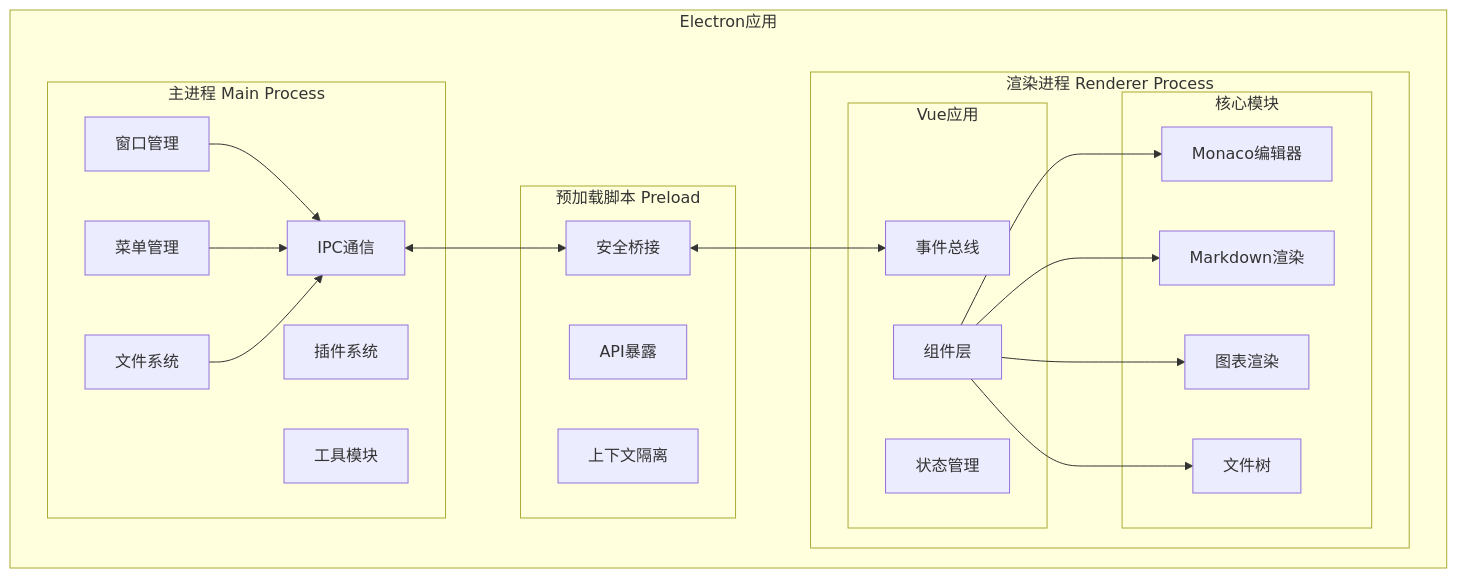
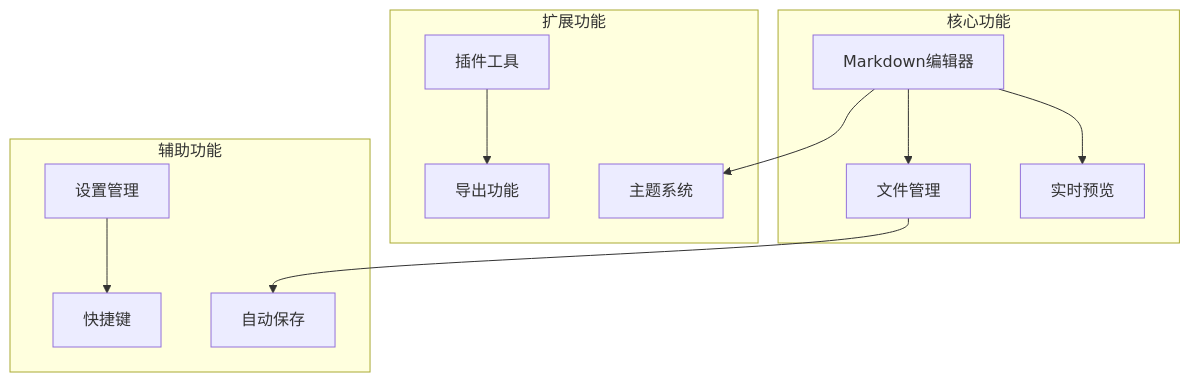
Before and after one commit to hemy08/BaiZeNotesByVue: the first of 34 diagrams in doc/架构文档.md, drawn with Mermaid. The commit also changed other lines of this file and 41 other files, not shown here.

````diff
--- a/doc/架构文档.md
+++ b/doc/架构文档.md
@@ -26,44 +70,27 @@
 ```mermaid
 graph TB
-    subgraph "Electron应用"
-        subgraph "主进程 Main Process"
-            A1[窗口管理]
-            A2[菜单管理]
-            A3[文件系统]
-            A4[IPC通信]
-            A5[插件系统]
-            A6[工具模块]
-        end
-
-        subgraph "预加载脚本 Preload"
-            B1[安全桥接]
-            B2[API暴露]
-            B3[上下文隔离]
-        end
-
-        subgraph "渲染进程 Renderer Process"
-            subgraph "Vue应用"
-                C1[组件层]
-                C2[状态管理]
-                C3[事件总线]
-            end
-
-            subgraph "核心模块"
-                D1[Monaco编辑器]
-                D2[Markdown渲染]
-                D3[图表渲染]
-                D4[文件树]
-            end
-        end
+    subgraph 核心功能
+        A[Markdown编辑器]
+        B[实时预览]
+        C[文件管理]
     end
-
-    A4 <--> B1
-    B1 <--> C3
-    A1 --> A4
-    A2 --> A4
-    A3 --> A4
-    C1 --> D1
-    C1 --> D2
-    C1 --> D3
-    C1 --> D4
+    
+    subgraph 扩展功能
+        D[主题系统]
+        E[插件工具]
+        F[导出功能]
+    end
+    
+    subgraph 辅助功能
+        G[设置管理]
+        H[快捷键]
+        I[自动保存]
+    end
+    
+    A --> B
+    A --> C
+    A --> D
+    C --> I
+    E --> F
+    G --> H
 ```
````
